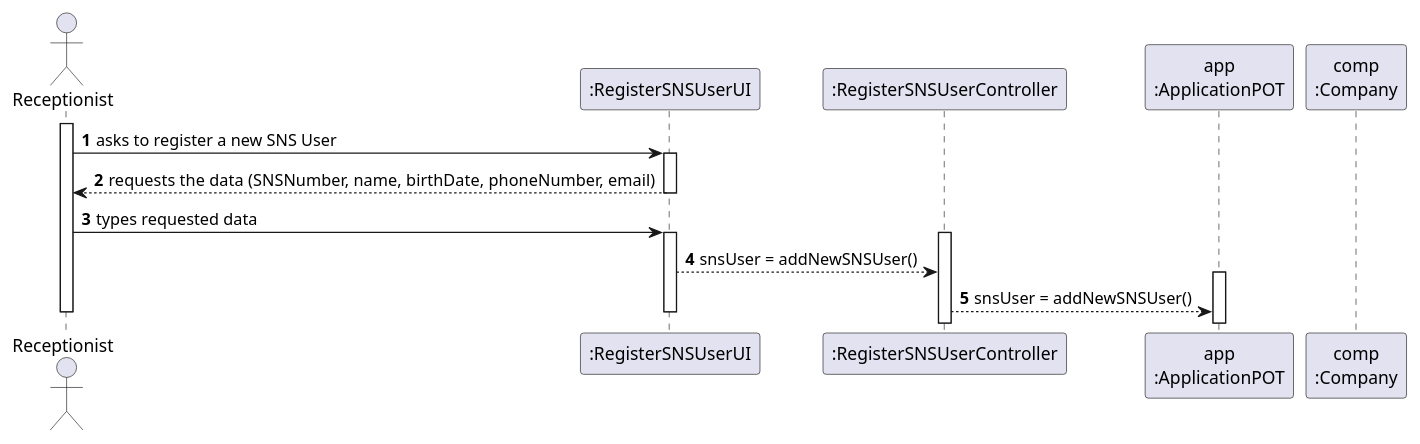
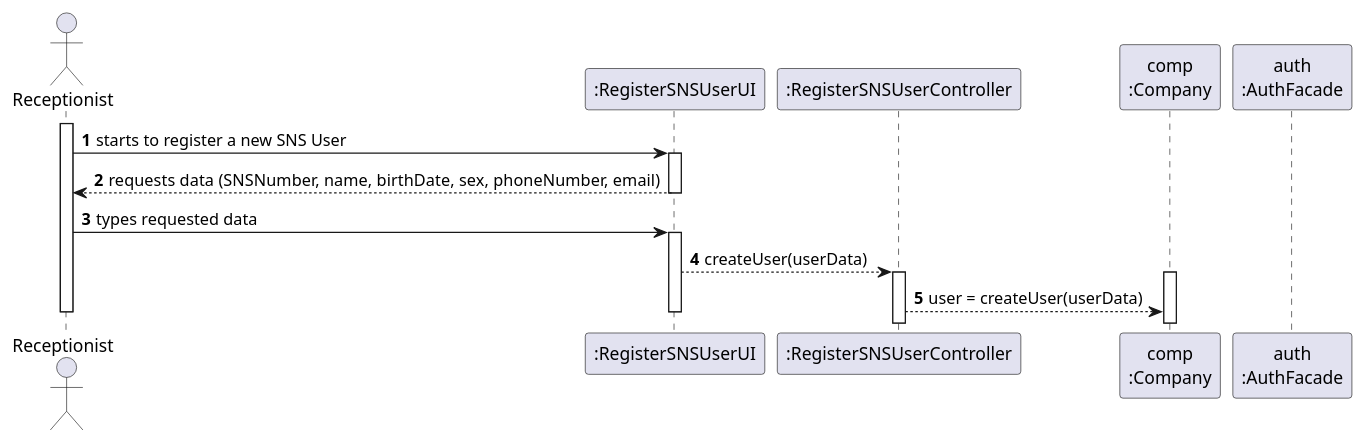
The diagram in docs/SprintB/US03/SD/US03_SD.puml (miseEnPlace-i/lapr2), drawn with PlantUML before and after one commit. The commit also changed 3 other files, not shown here.

```diff
--- a/docs/SprintB/US03/SD/US03_SD.puml
+++ b/docs/SprintB/US03/SD/US03_SD.puml
@@ -1,33 +1,35 @@
 @startuml Sequence Diagram
 autonumber
 'hide footbox
 actor "Receptionist" as RECEPT
 
 participant ":RegisterSNSUserUI" as UI
 participant ":RegisterSNSUserController" as CTRL
-participant "app\n:ApplicationPOT" as APP
+' participant "app\n:ApplicationPOT" as APP
 ' participant ":Platform" as PLAT
 participant "comp\n:Company" as COMP
+participant "auth\n:AuthFacade" as AUTH
 
 activate RECEPT
-RECEPT -> UI : asks to register a new SNS User
+RECEPT -> UI : starts to register a new SNS User
 activate UI
-UI --> RECEPT : requests the data (SNSNumber, name, birthDate, phoneNumber, email)
+UI --> RECEPT : requests data (SNSNumber, name, birthDate, sex, phoneNumber, email)
 deactivate UI
 
 RECEPT -> UI : types requested data
 activate UI
 
+UI --> CTRL : createUser(userData)
 activate CTRL
-UI --> CTRL : snsUser = addNewSNSUser()
-activate APP
-CTRL --> APP : snsUser = addNewSNSUser()
+
+activate COMP
+CTRL --> COMP : user = createUser(userData)
 deactivate UI
 
 
 
 
 
 deactivate RECEPT
 
 @enduml
```
